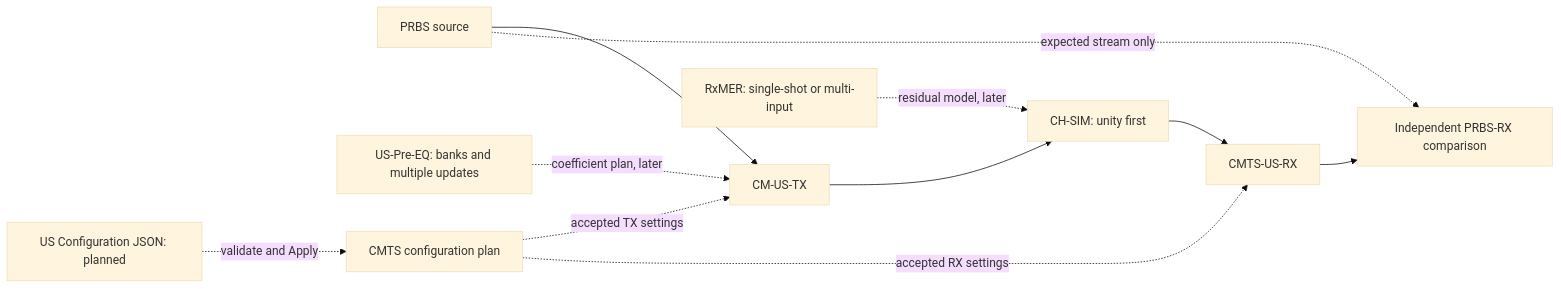
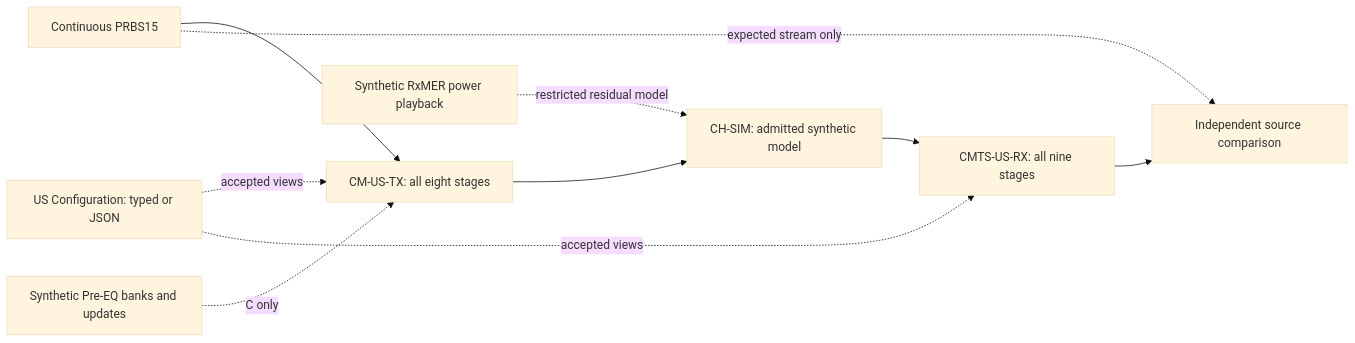
Before and after one commit to PyPNMApps/morgana: the diagram in README.md, drawn with Mermaid (base theme). The commit also changed other lines of this file and 164 other files, not shown here.

Commit message:
Feature: Complete synthetic upstream backend - Implement PRBS, TX, channel and received-only RX - Add JSON, instruments and native Python controls - Preserve provenance and clean test build outputs - Tests: Rust, native parity and Linux wheel pass

````diff
--- a/README.md
+++ b/README.md
@@ -94,13 +22,12 @@
 ```mermaid
 flowchart LR
-    SOURCE[PRBS source] --> TX[CM-US-TX]
-    TX --> CHANNEL[CH-SIM: unity first]
-    MER[RxMER: single-shot or multi-input] -. residual model, later .-> CHANNEL
-    PRE[US-Pre-EQ: banks and multiple updates] -. coefficient plan, later .-> TX
-    JSON[US Configuration JSON: planned] -. validate and Apply .-> CFG[CMTS configuration plan]
-    CFG -. accepted TX settings .-> TX
-    CFG -. accepted RX settings .-> RX
-    CHANNEL --> RX[CMTS-US-RX]
-    RX --> VERIFY[Independent PRBS-RX comparison]
-    SOURCE -. expected stream only .-> VERIFY
+    PRBS[Continuous PRBS15] --> TX[CM-US-TX: all eight stages]
+    TX --> CH[CH-SIM: admitted synthetic model]
+    CH --> RX[CMTS-US-RX: all nine stages]
+    RX --> VERIFY[Independent source comparison]
+    PRBS -. expected stream only .-> VERIFY
+    CFG[US Configuration: typed or JSON] -. accepted views .-> TX
+    CFG -. accepted views .-> RX
+    PRE[Synthetic Pre-EQ banks and updates] -. C only .-> TX
+    MER[Synthetic RxMER power playback] -. restricted residual model .-> CH
 ```
````
